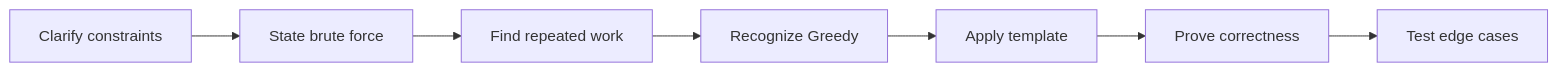
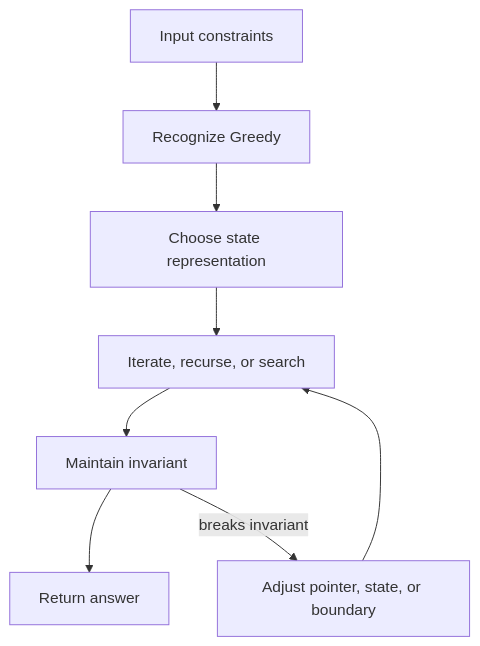
One commit to abstractinterviews/abstractinterviews.github.io changed the second of 2 diagrams in coding-round/algorithms/greedy/index.md. Above: the diagram before and after it, drawn with Mermaid. The commit also changed other lines of this file and 278 other files, not shown here.

````diff
--- a/coding-round/algorithms/greedy/index.md
+++ b/coding-round/algorithms/greedy/index.md
@@ -123,9 +121,10 @@
-~~~mermaid
-flowchart LR
-    A["Clarify constraints"] --> B["State brute force"]
-    B --> C["Find repeated work"]
-    C --> D["Recognize Greedy"]
-    D --> E["Apply template"]
-    E --> F["Prove correctness"]
-    F --> G["Test edge cases"]
-~~~
+```mermaid
+flowchart TD
+    Input["Input constraints"] --> Pattern["Recognize Greedy"]
+    Pattern --> State["Choose state representation"]
+    State --> Iterate["Iterate, recurse, or search"]
+    Iterate --> Check["Maintain invariant"]
+    Check --> Result["Return answer"]
+    Check -->|breaks invariant| Fix["Adjust pointer, state, or boundary"]
+    Fix --> Iterate
+```
````
